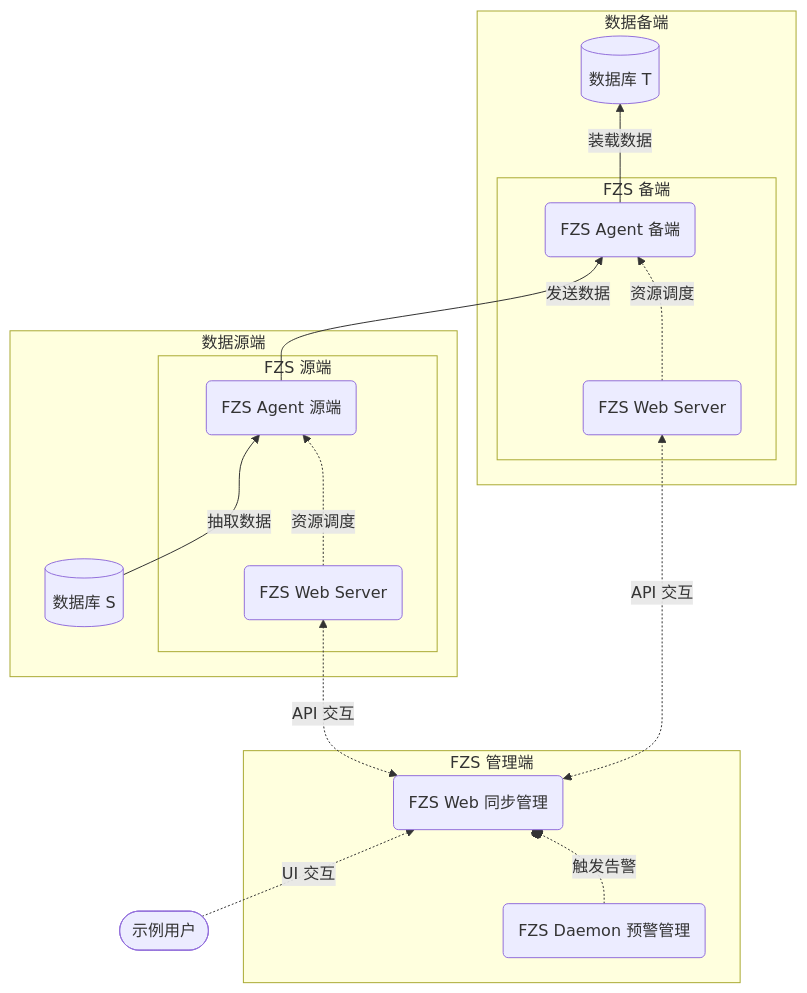
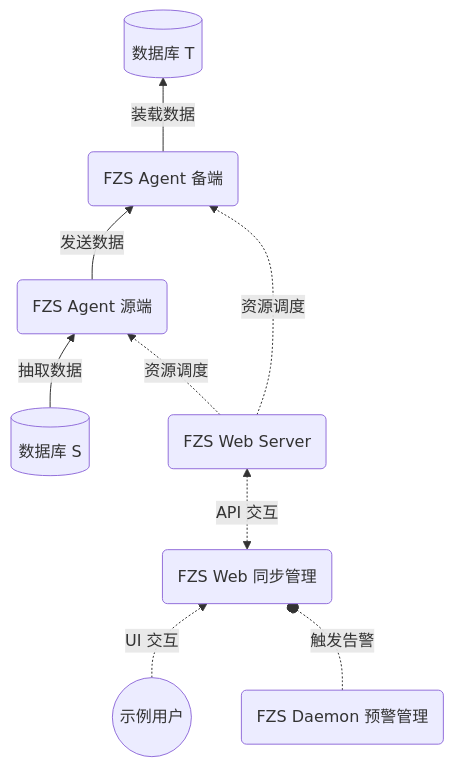
The diagram in docs/intro/product/architecture.md (9bridges/fzs-docs), drawn with Mermaid before and after one commit. The commit also changed 1 other file, not shown here.

Commit message:
add deployment topology

````diff
--- a/docs/intro/product/architecture.md
+++ b/docs/intro/product/architecture.md
@@ -9,28 +9,16 @@
 ```mermaid
 flowchart BT
   source-agent -- 发送数据 --> sink-agent
-  fzs-web <-. API 交互 .-> source-web-server
-  fzs-web <-. API 交互 .-> sink-web-server
-  user-ex([示例用户]) -. UI 交互 .-> fzs-web
-  subgraph 数据源端
-    source-db[(数据库 S)] -- 抽取数据 --> source-agent
-    subgraph fzs-source [FZS 源端]
-      source-web-server(FZS Web Server)
-      source-agent(FZS Agent 源端)
-      source-web-server -. 资源调度 .-> source-agent
-    end
-  end
-  subgraph FZS 管理端
-    fzs-daemon(FZS Daemon 预警管理)
-    fzs-web(FZS Web 同步管理)
-    fzs-daemon -. 触发告警 .-o fzs-web
-  end
-  subgraph 数据备端
-    sink-agent -- 装载数据 --> sink-db[(数据库 T)]
-    subgraph fzs-sink [FZS 备端]
-      sink-web-server(FZS Web Server)
-      sink-agent(FZS Agent 备端)
-      sink-web-server -. 资源调度 .-> sink-agent
-    end
-  end
+  fzs-web <-. API 交互 .-> web-server
+  user-ex((示例用户)) -. UI 交互 .-> fzs-web
+  source-db[(数据库 S)] -- 抽取数据 --> source-agent
+  web-server(FZS Web Server)
+  source-agent(FZS Agent 源端)
+  web-server -. 资源调度 .-> source-agent
+  fzs-daemon(FZS Daemon 预警管理)
+  fzs-web(FZS Web 同步管理)
+  fzs-daemon -. 触发告警 .-o fzs-web
+  sink-agent -- 装载数据 --> sink-db[(数据库 T)]
+  sink-agent(FZS Agent 备端)
+  web-server -. 资源调度 .-> sink-agent
 ```
````
